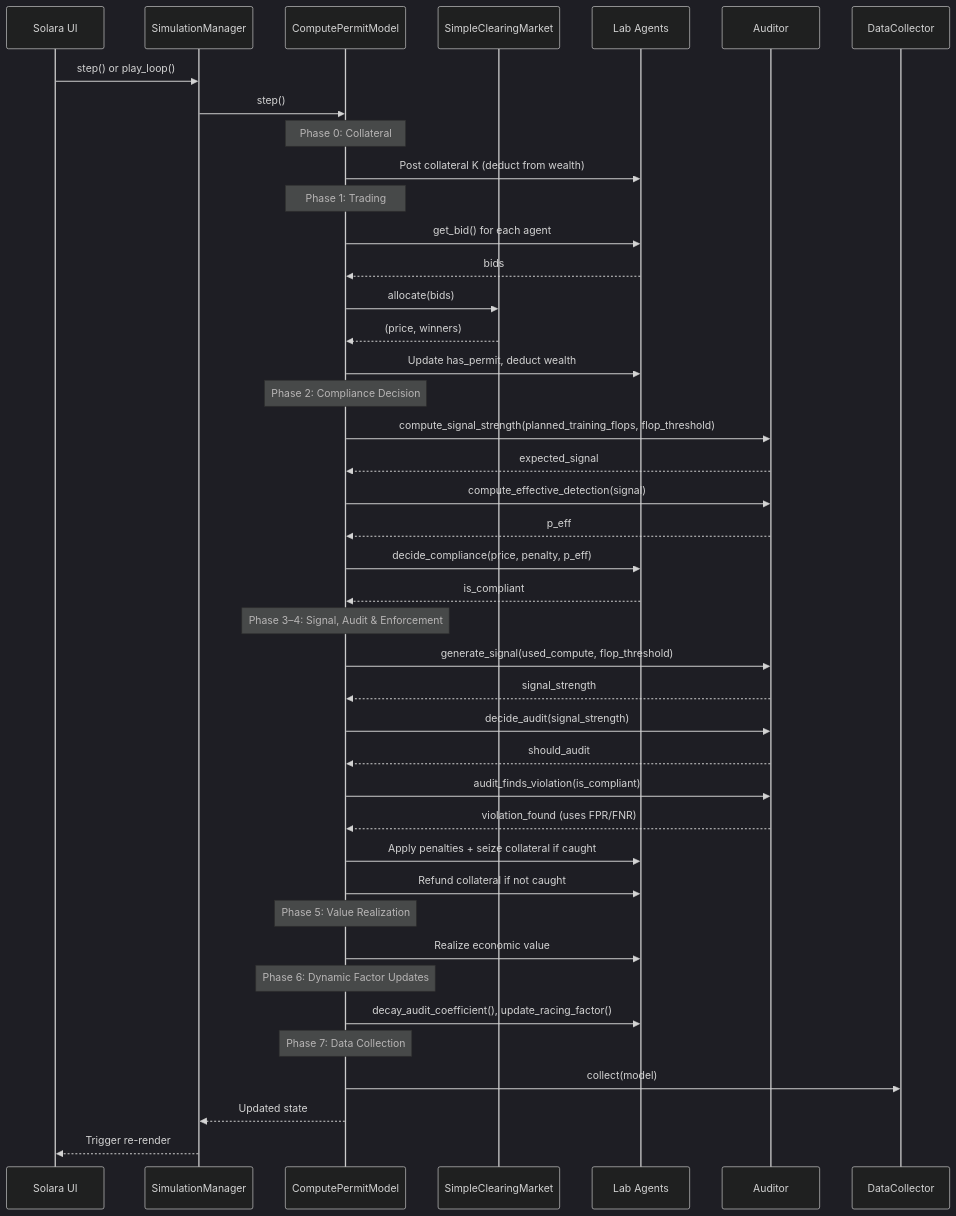
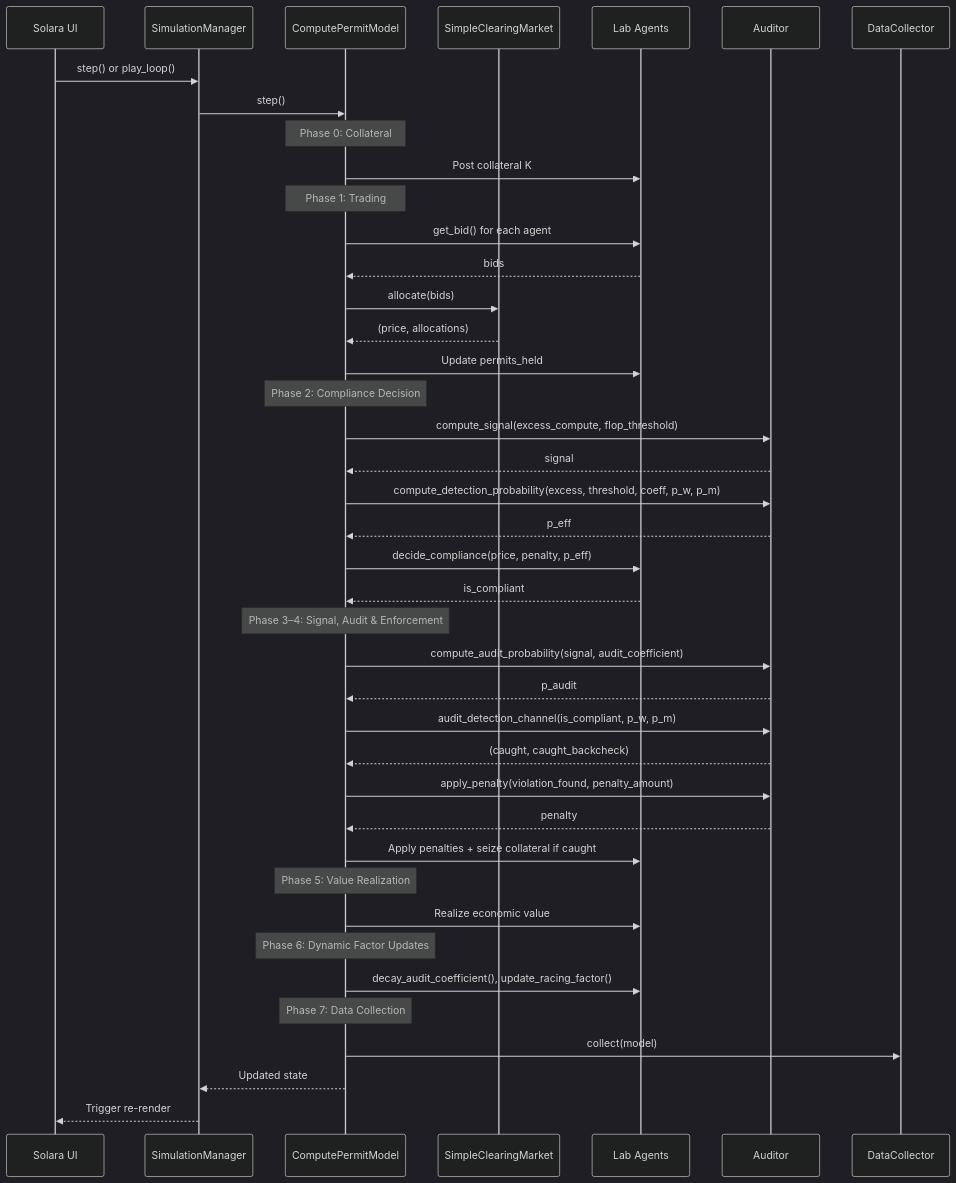
The second of 2 diagrams in documents/TECHNICAL_DOCUMENTATION.md (JTuffy/compute-permit-simulator), drawn with Mermaid (dark theme) before and after one commit. The commit also changed other lines of this file and 36 other files, not shown here.

````diff
--- a/documents/TECHNICAL_DOCUMENTATION.md
+++ b/documents/TECHNICAL_DOCUMENTATION.md
@@ -142,52 +143,51 @@
 ```mermaid
 sequenceDiagram
     participant UI as Solara UI
     participant SM as SimulationManager
     participant Model as ComputePermitModel
     participant Market as SimpleClearingMarket
     participant Lab as Lab Agents
     participant Auditor as Auditor
     participant DC as DataCollector
 
     UI->>SM: step() or play_loop()
     SM->>Model: step()
 
     Note over Model: Phase 0: Collateral
-    Model->>Lab: Post collateral K (deduct from wealth)
+    Model->>Lab: Post collateral K
 
     Note over Model: Phase 1: Trading
     Model->>Lab: get_bid() for each agent
     Lab-->>Model: bids
     Model->>Market: allocate(bids)
-    Market-->>Model: (price, winners)
-    Model->>Lab: Update has_permit, deduct wealth
+    Market-->>Model: (price, allocations)
+    Model->>Lab: Update permits_held
 
     Note over Model: Phase 2: Compliance Decision
-    Model->>Auditor: compute_signal_strength(planned_training_flops, flop_threshold)
-    Auditor-->>Model: expected_signal
-    Model->>Auditor: compute_effective_detection(signal)
+    Model->>Auditor: compute_signal(excess_compute, flop_threshold)
+    Auditor-->>Model: signal
+    Model->>Auditor: compute_detection_probability(excess, threshold, coeff, p_w, p_m)
     Auditor-->>Model: p_eff
     Model->>Lab: decide_compliance(price, penalty, p_eff)
     Lab-->>Model: is_compliant
 
     Note over Model: Phase 3–4: Signal, Audit & Enforcement
-    Model->>Auditor: generate_signal(used_compute, flop_threshold)
-    Auditor-->>Model: signal_strength
-    Model->>Auditor: decide_audit(signal_strength)
-    Auditor-->>Model: should_audit
-    Model->>Auditor: audit_finds_violation(is_compliant)
-    Auditor-->>Model: violation_found (uses FPR/FNR)
+    Model->>Auditor: compute_audit_probability(signal, audit_coefficient)
+    Auditor-->>Model: p_audit
+    Model->>Auditor: audit_detection_channel(is_compliant, p_w, p_m)
+    Auditor-->>Model: (caught, caught_backcheck)
+    Model->>Auditor: apply_penalty(violation_found, penalty_amount)
+    Auditor-->>Model: penalty
     Model->>Lab: Apply penalties + seize collateral if caught
-    Model->>Lab: Refund collateral if not caught
 
     Note over Model: Phase 5: Value Realization
     Model->>Lab: Realize economic value
 
     Note over Model: Phase 6: Dynamic Factor Updates
     Model->>Lab: decay_audit_coefficient(), update_racing_factor()
 
     Note over Model: Phase 7: Data Collection
     Model->>DC: collect(model)
     Model-->>SM: Updated state
     SM-->>UI: Trigger re-render
 ```
````
